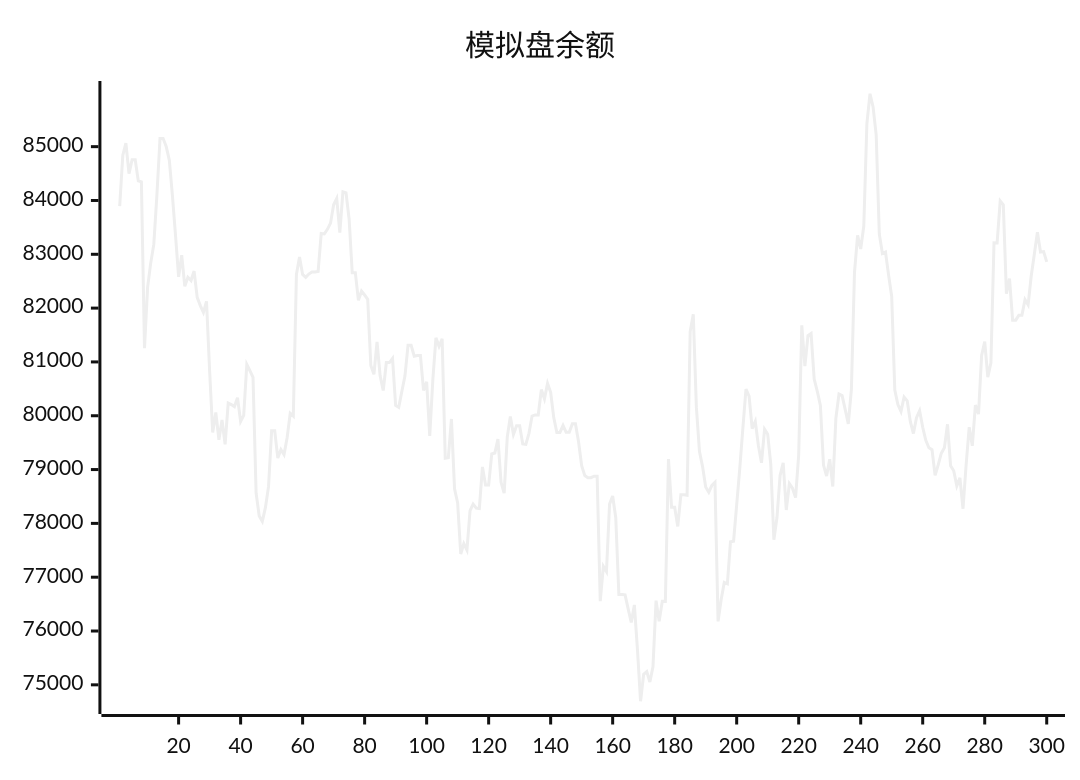
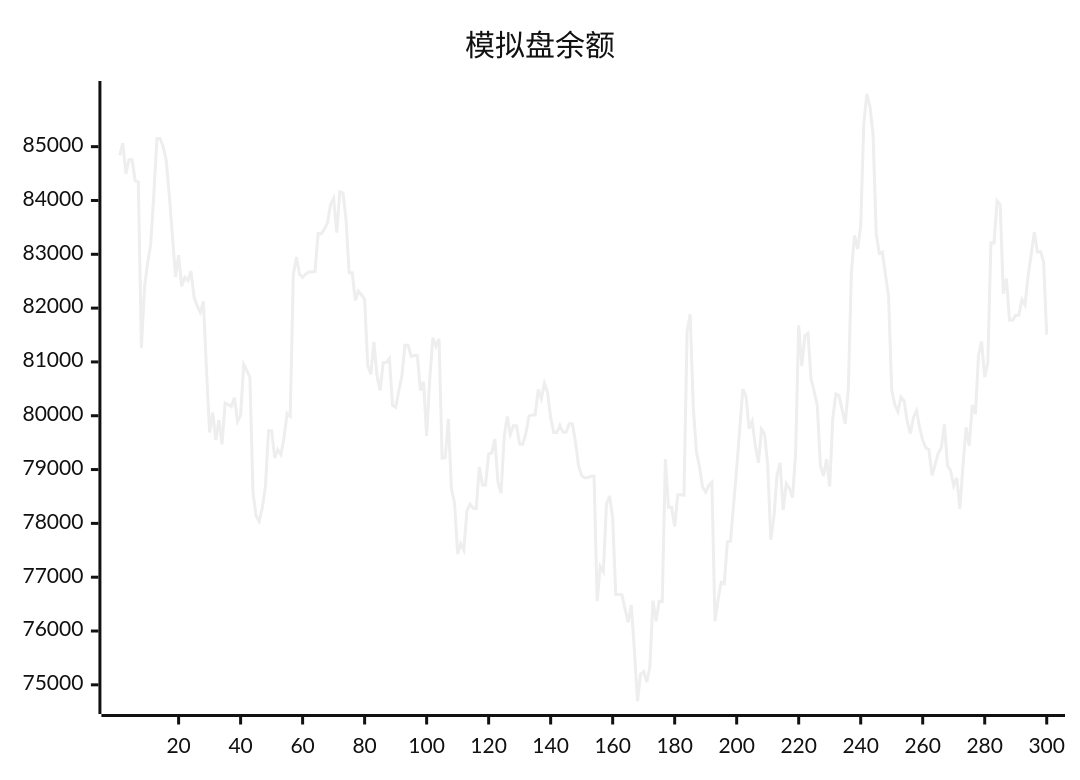
Before and after one commit to aahl/ai-trading: the diagram in README.md, drawn with Mermaid (neutral theme). The commit also changed other lines of this file and 1 other file, not shown here.

````diff
--- a/README.md
+++ b/README.md
@@ -5,5 +5,5 @@
 ```mermaid
 xychart
     title "模拟盘余额"
-    line [83896,84839,85065,84499,84757,84757,84364,84347,81254,82385,82835,83184,84099,85150,85150,85002,84751,84096,83356,82582,82983,82404,82572,82512,82688,82200,82047,81920,82125,80840,79688,80060,79552,79920,79470,80236,80208,80170,80336,79894,80006,80954,80837,80712,78561,78139,78037,78293,78682,79720,79720,79214,79372,79279,79591,80046,79993,82625,82950,82626,82571,82633,82670,82670,82681,83386,83378,83464,83579,83920,84037,83402,84160,84142,83652,82655,82655,82145,82315,82243,82163,80934,80770,81371,80742,80468,80989,80989,81067,80191,80155,80450,80737,81309,81309,81106,81119,81119,80471,80631,79624,80670,81448,81290,81429,79212,79222,79940,78643,78380,77432,77623,77504,78235,78358,78284,78277,79048,78714,78714,79290,79308,79567,78763,78563,79603,79988,79652,79813,79813,79476,79469,79673,79995,80015,80015,80486,80314,80600,80436,79966,79689,79689,79819,79692,79692,79850,79850,79518,79071,78889,78850,78850,78878,78878,76554,77202,77103,78357,78510,78106,76678,76677,76672,76411,76159,76485,75656,74695,75197,75246,75052,75334,76564,76179,76553,76551,79196,78300,78300,77944,78531,78531,78521,81564,81884,80160,79335,79055,78675,78580,78708,78764,76179,76586,76902,76876,77658,77669,78346,79023,79769,80497,80366,79761,79896,79448,79126,79749,79658,79097,77695,78114,78888,79126,78249,78738,78653,78478,79271,81680,80923,81488,81527,80681,80455,80190,79084,78879,79193,78686,79954,80403,80374,80118,79848,80491,82665,83351,83098,83525,85430,85983,85737,85221,83378,83014,83043,82613,82216,80477,80208,80081,80348,80277,79894,79670,79965,80093,79786,79542,79406,79371,78893,79087,79304,79406,79841,79072,78978,78696,78846,78272,79085,79787,79442,80198,80031,81120,81379,80718,80985,83214,83212,83993,83921,82270,82547,81776,81776,81866,81866,82158,82061,82596,83000,83408,83041,83050,82858]
+    line [84839,85065,84499,84757,84757,84364,84347,81254,82385,82835,83184,84099,85150,85150,85002,84751,84096,83356,82582,82983,82404,82572,82512,82688,82200,82047,81920,82125,80840,79688,80060,79552,79920,79470,80236,80208,80170,80336,79894,80006,80954,80837,80712,78561,78139,78037,78293,78682,79720,79720,79214,79372,79279,79591,80046,79993,82625,82950,82626,82571,82633,82670,82670,82681,83386,83378,83464,83579,83920,84037,83402,84160,84142,83652,82655,82655,82145,82315,82243,82163,80934,80770,81371,80742,80468,80989,80989,81067,80191,80155,80450,80737,81309,81309,81106,81119,81119,80471,80631,79624,80670,81448,81290,81429,79212,79222,79940,78643,78380,77432,77623,77504,78235,78358,78284,78277,79048,78714,78714,79290,79308,79567,78763,78563,79603,79988,79652,79813,79813,79476,79469,79673,79995,80015,80015,80486,80314,80600,80436,79966,79689,79689,79819,79692,79692,79850,79850,79518,79071,78889,78850,78850,78878,78878,76554,77202,77103,78357,78510,78106,76678,76677,76672,76411,76159,76485,75656,74695,75197,75246,75052,75334,76564,76179,76553,76551,79196,78300,78300,77944,78531,78531,78521,81564,81884,80160,79335,79055,78675,78580,78708,78764,76179,76586,76902,76876,77658,77669,78346,79023,79769,80497,80366,79761,79896,79448,79126,79749,79658,79097,77695,78114,78888,79126,78249,78738,78653,78478,79271,81680,80923,81488,81527,80681,80455,80190,79084,78879,79193,78686,79954,80403,80374,80118,79848,80491,82665,83351,83098,83525,85430,85983,85737,85221,83378,83014,83043,82613,82216,80477,80208,80081,80348,80277,79894,79670,79965,80093,79786,79542,79406,79371,78893,79087,79304,79406,79841,79072,78978,78696,78846,78272,79085,79787,79442,80198,80031,81120,81379,80718,80985,83214,83212,83993,83921,82270,82547,81776,81776,81866,81866,82158,82061,82596,83000,83408,83041,83050,82858,81503]
 ```
````
